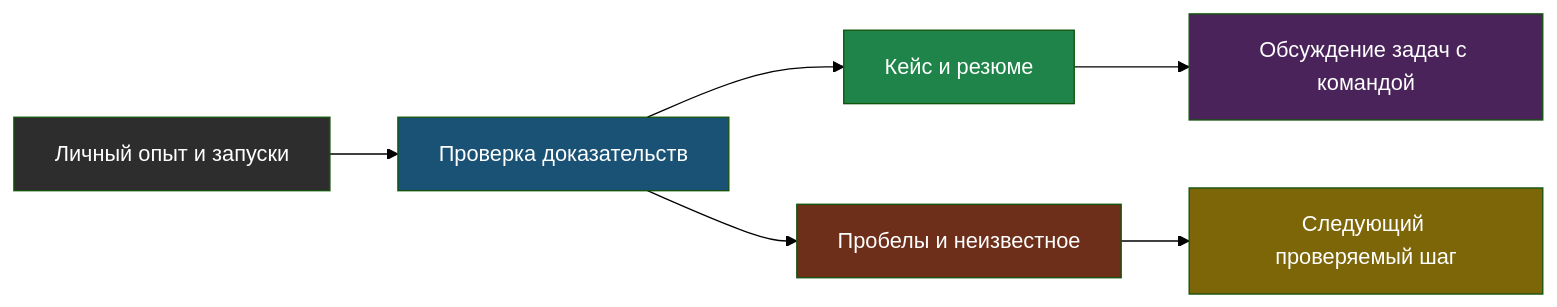
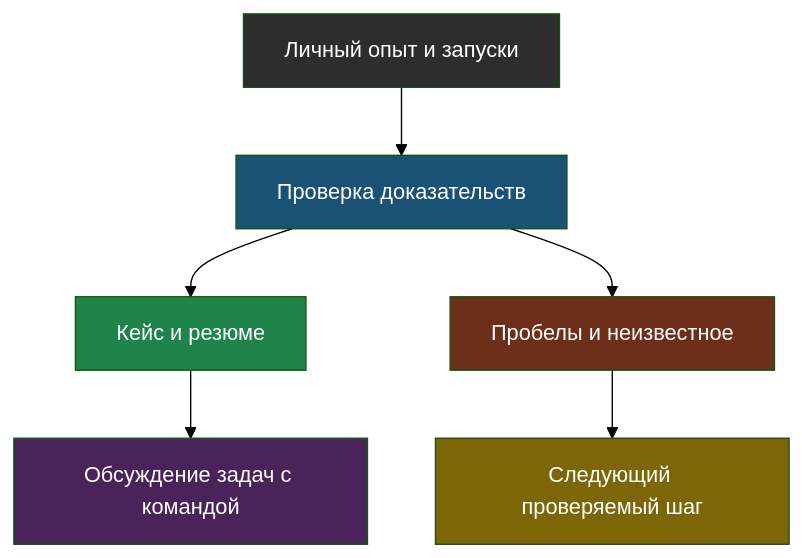
One commit to iRoboTron/ai-engineering changed the diagram in docs/books/07-portfolio-interview/chapter-01.md. Above: the diagram before and after it, drawn with Mermaid (forest theme). The commit also changed 8 other files, not shown here.

First line of the commit message:
All 7 days: fix unreadable overview diagrams (LR -> TD)

````diff
--- a/docs/books/07-portfolio-interview/chapter-01.md
+++ b/docs/books/07-portfolio-interview/chapter-01.md
@@ -50,14 +50,14 @@
 ```mermaid
-flowchart LR
+flowchart TD
     E["Личный опыт и запуски"] --> V["Проверка доказательств"]
     V --> C["Кейс и резюме"]
     V --> G["Пробелы и неизвестное"]
     C --> I["Обсуждение задач с командой"]
     G --> P["Следующий проверяемый шаг"]
     style E fill:#2d2d2d,color:#fff
     style V fill:#1a5276,color:#fff
     style C fill:#1e8449,color:#fff
     style G fill:#6e2f1a,color:#fff
     style I fill:#4a235a,color:#fff
     style P fill:#7d6608,color:#fff
 ```
````
